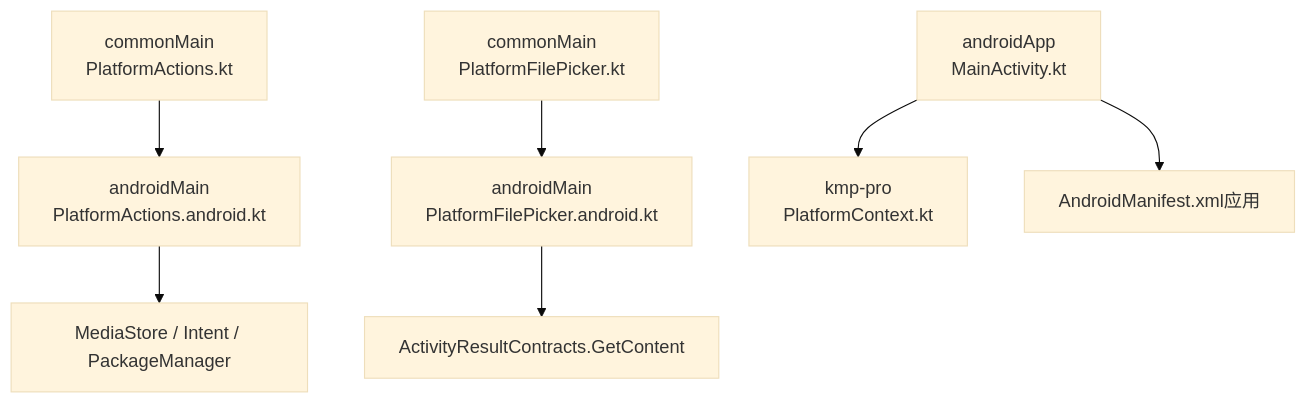
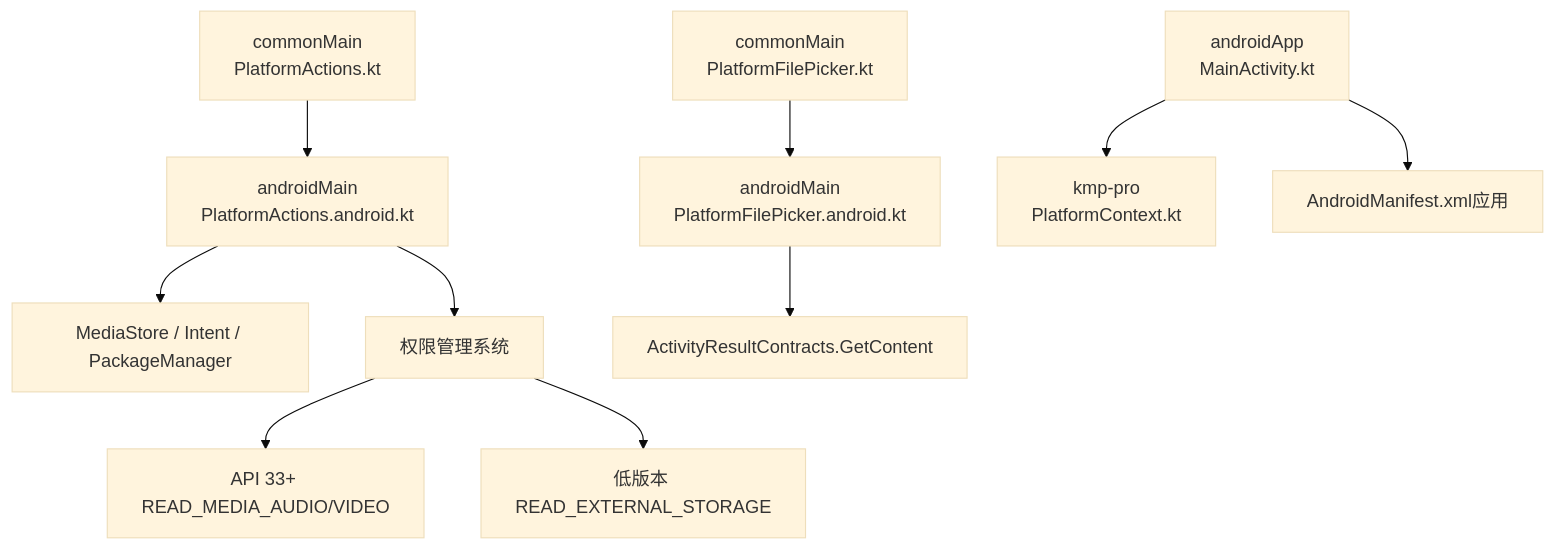
The first of 7 diagrams in .qoder/repowiki/zh/content/平台特定实现/Android 平台实现/Android 平台操作.md (Aurora-Nasa-1/CPPlayer-KMP), drawn with Mermaid (base theme) before and after one commit. The commit also changed other lines of this file and 47 other files, not shown here.

````diff
--- a/.qoder/repowiki/zh/content/平台特定实现/Android 平台实现/Android 平台操作.md
+++ b/.qoder/repowiki/zh/content/平台特定实现/Android 平台实现/Android 平台操作.md
@@ -42,9 +53,12 @@
 ```mermaid
 graph TB
 A["commonMain<br/>PlatformActions.kt"] --> B["androidMain<br/>PlatformActions.android.kt"]
 C["commonMain<br/>PlatformFilePicker.kt"] --> D["androidMain<br/>PlatformFilePicker.android.kt"]
 E["androidApp<br/>MainActivity.kt"] --> F["kmp-pro<br/>PlatformContext.kt"]
 E --> G["AndroidManifest.xml应用"]
 B --> H["MediaStore / Intent / PackageManager"]
 D --> I["ActivityResultContracts.GetContent"]
+B --> J["权限管理系统"]
+J --> K["API 33+ READ_MEDIA_AUDIO/VIDEO"]
+J --> L["低版本 READ_EXTERNAL_STORAGE"]
 ```
````
